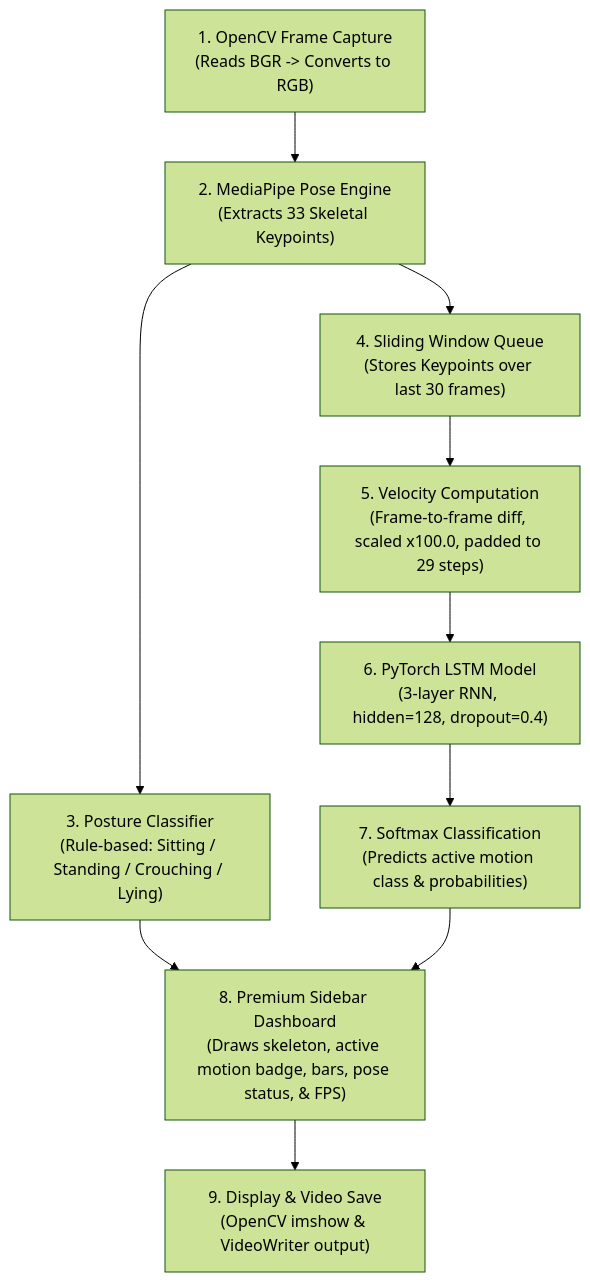
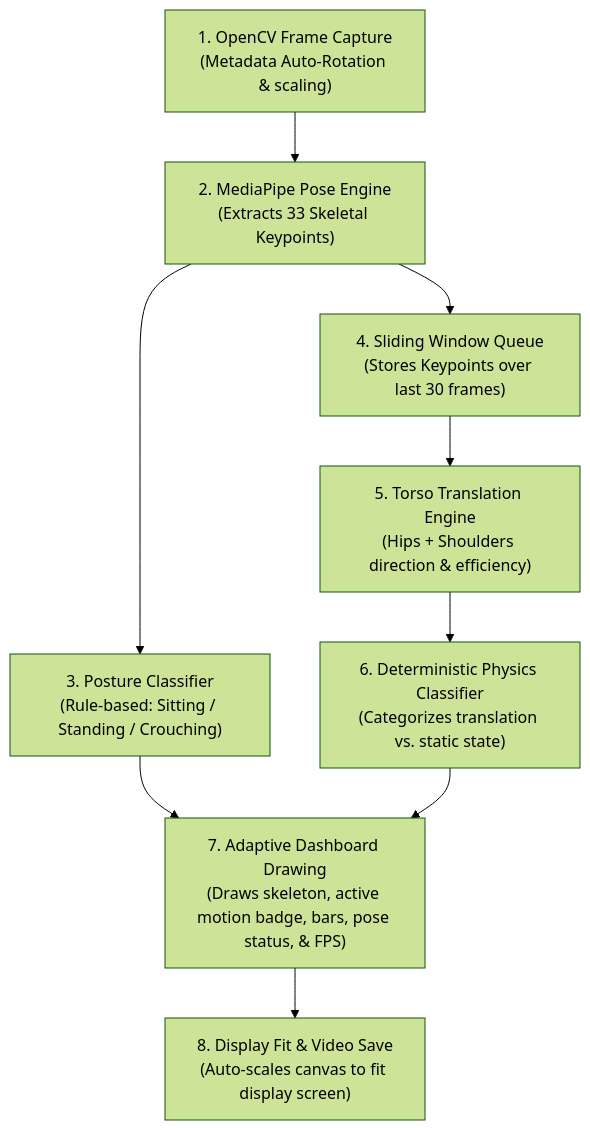
The diagram in README.md (IshanDilhan/HumanMotionModel), drawn with Mermaid (forest theme) before and after one commit. The commit also changed other lines of this file and 11 other files, not shown here.

Commit message:
Upgrade: Refactored motion recognition to deterministic physics-based torso translation consistency, merged walking to 8-class taxonomy, and cleaned unused scripts

````diff
--- a/README.md
+++ b/README.md
@@ -24,12 +24,11 @@
 ```mermaid
 graph TD
-    A["1. OpenCV Frame Capture<br/>(Reads BGR -> Converts to RGB)"] --> B["2. MediaPipe Pose Engine<br/>(Extracts 33 Skeletal Keypoints)"]
-    B --> C["3. Posture Classifier<br/>(Rule-based: Sitting / Standing / Crouching / Lying)"]
+    A["1. OpenCV Frame Capture<br/>(Metadata Auto-Rotation & scaling)"] --> B["2. MediaPipe Pose Engine<br/>(Extracts 33 Skeletal Keypoints)"]
+    B --> C["3. Posture Classifier<br/>(Rule-based: Sitting / Standing / Crouching)"]
     B --> D["4. Sliding Window Queue<br/>(Stores Keypoints over last 30 frames)"]
-    D --> E["5. Velocity Computation<br/>(Frame-to-frame diff, scaled x100.0, padded to 29 steps)"]
-    E --> F["6. PyTorch LSTM Model<br/>(3-layer RNN, hidden=128, dropout=0.4)"]
-    F --> G["7. Softmax Classification<br/>(Predicts active motion class & probabilities)"]
-    C --> H["8. Premium Sidebar Dashboard<br/>(Draws skeleton, active motion badge, bars, pose status, & FPS)"]
-    G --> H
-    H --> I["9. Display & Video Save<br/>(OpenCV imshow & VideoWriter output)"]
+    D --> E["5. Torso Translation Engine<br/>(Hips + Shoulders direction & efficiency)"]
+    E --> F["6. Deterministic Physics Classifier<br/>(Categorizes translation vs. static state)"]
+    C --> G["7. Adaptive Dashboard Drawing<br/>(Draws skeleton, active motion badge, bars, pose status, & FPS)"]
+    F --> G
+    G --> H["8. Display Fit & Video Save<br/>(Auto-scales canvas to fit display screen)"]
 ```
````
